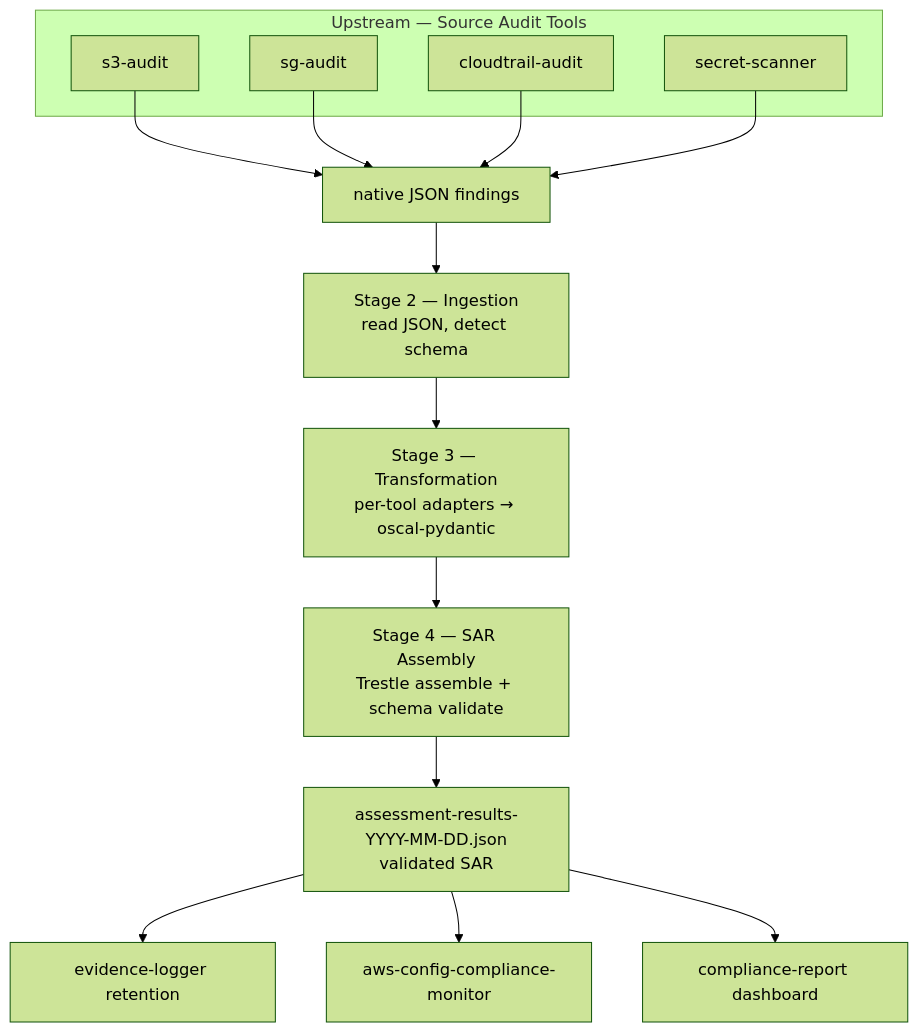
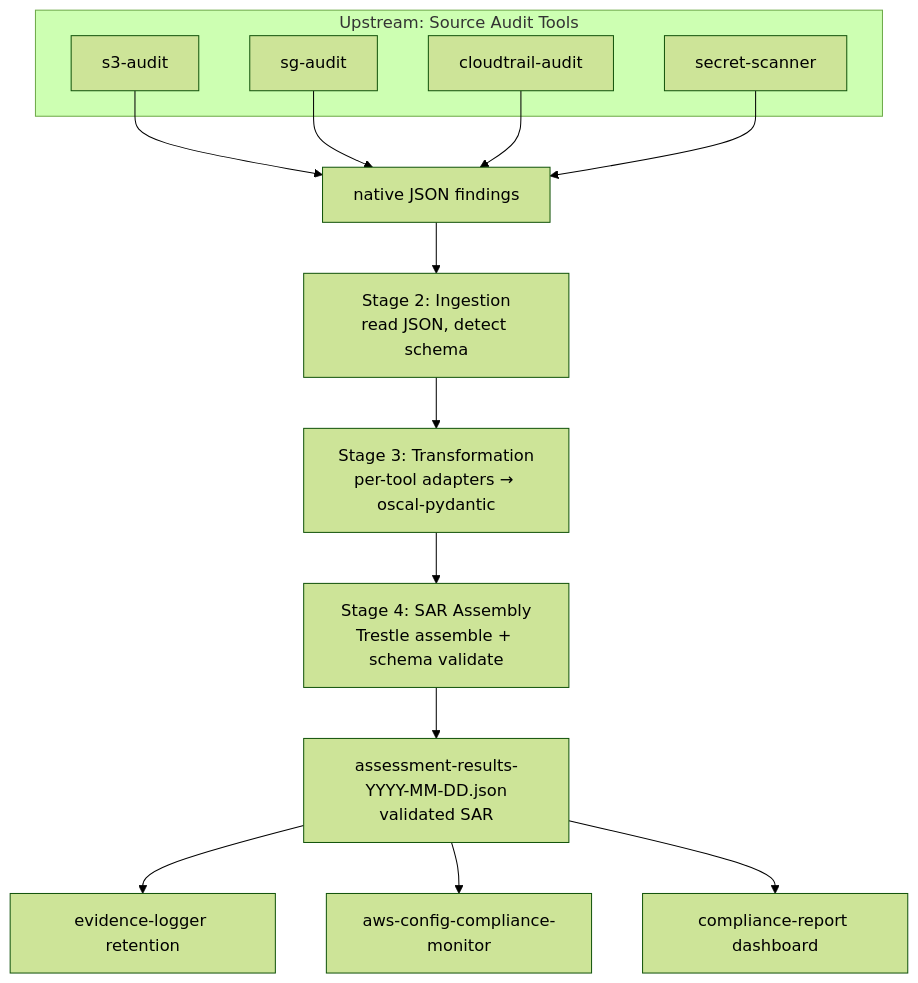
One commit to 0xBahalaNa/oscal-evidence-pipeline changed the diagram in ARCHITECTURE.md. Above: the diagram before and after it, drawn with Mermaid (forest theme). The commit also changed other lines of this file, not shown here.

Commit message:
docs: tighten ARCHITECTURE voice to match calibrated style (#55)

````diff
--- a/ARCHITECTURE.md
+++ b/ARCHITECTURE.md
@@ -17,20 +17,20 @@
 ```mermaid
 graph TD
-    subgraph Upstream["Upstream — Source Audit Tools"]
+    subgraph Upstream["Upstream: Source Audit Tools"]
         S3[s3-audit]
         SG[sg-audit]
         CT[cloudtrail-audit]
         SS[secret-scanner]
     end
     S3 --> N[native JSON findings]
     SG --> N
     CT --> N
     SS --> N
-    N --> I["Stage 2 — Ingestion<br/>read JSON, detect schema"]
-    I --> T["Stage 3 — Transformation<br/>per-tool adapters → oscal-pydantic"]
-    T --> A["Stage 4 — SAR Assembly<br/>Trestle assemble + schema validate"]
+    N --> I["Stage 2: Ingestion<br/>read JSON, detect schema"]
+    I --> T["Stage 3: Transformation<br/>per-tool adapters → oscal-pydantic"]
+    T --> A["Stage 4: SAR Assembly<br/>Trestle assemble + schema validate"]
     A --> SAR["assessment-results-YYYY-MM-DD.json<br/>validated SAR"]
     SAR --> EL[evidence-logger retention]
     SAR --> CM[aws-config-compliance-monitor]
     SAR --> CR[compliance-report dashboard]
 ```
````
